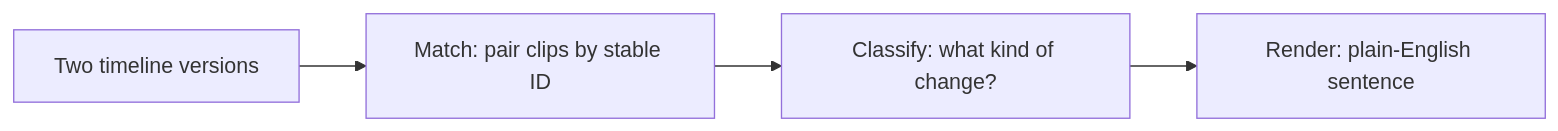
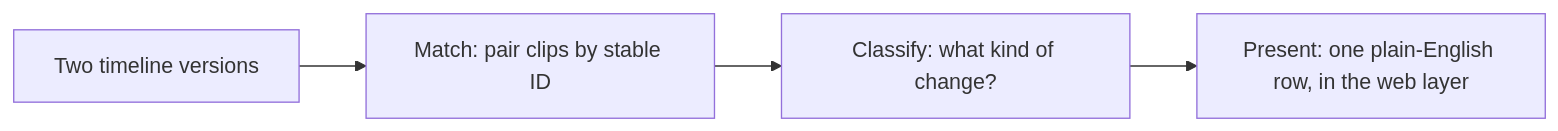
Before and after one commit to Adityalingwal/framebranch: the first of 3 diagrams in docs/ALGORITHMS.md, drawn with Mermaid. The commit also changed other lines of this file and 5 other files, not shown here.

````diff
--- a/docs/ALGORITHMS.md
+++ b/docs/ALGORITHMS.md
@@ -11,6 +11,6 @@
 ```mermaid
 flowchart LR
     A[Two timeline versions] --> M[Match: pair clips by stable ID]
     M --> C[Classify: what kind of change?]
-    C --> R[Render: plain-English sentence]
+    C --> R[Present: one plain-English row, in the web layer]
 ```
````
